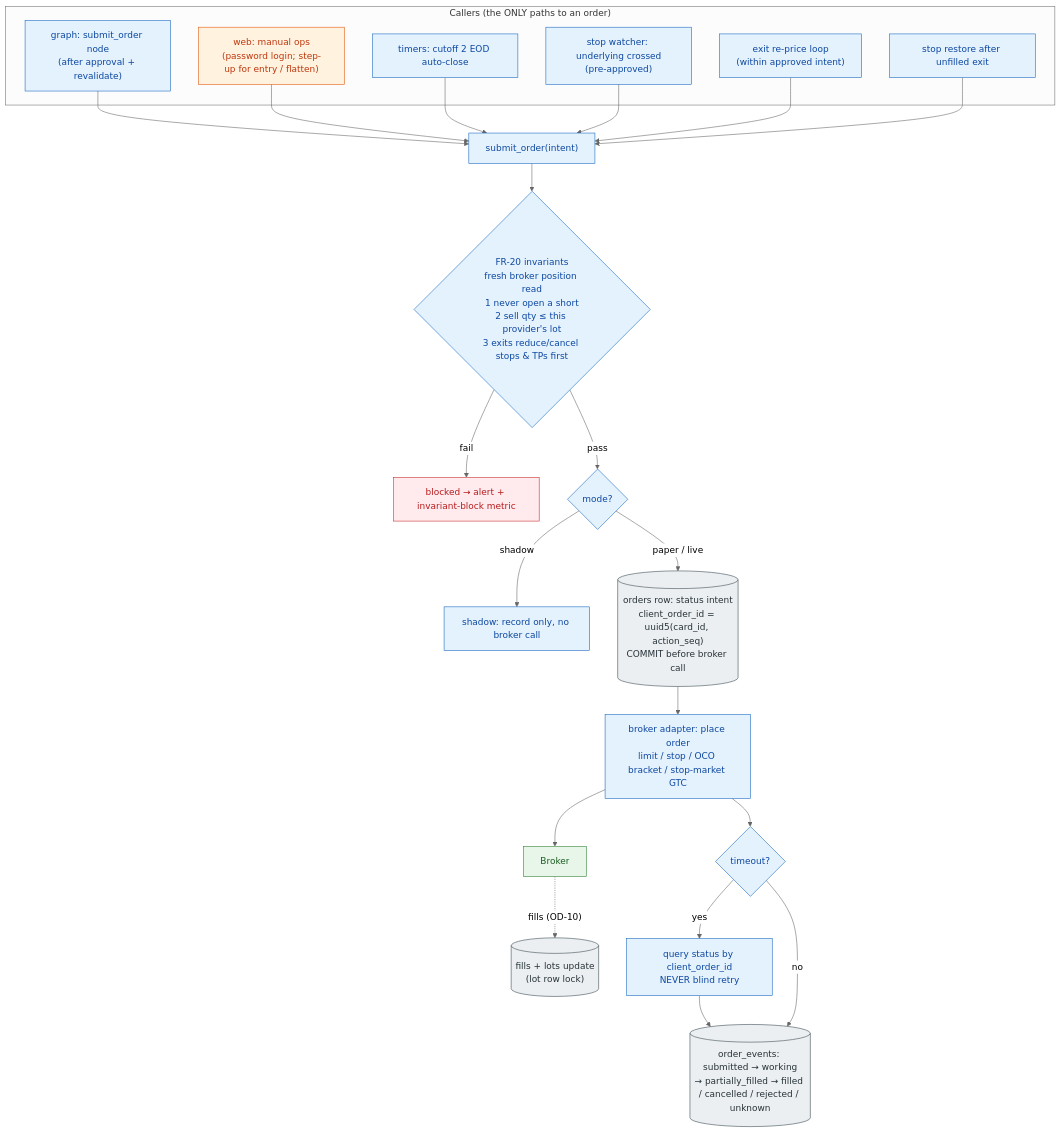
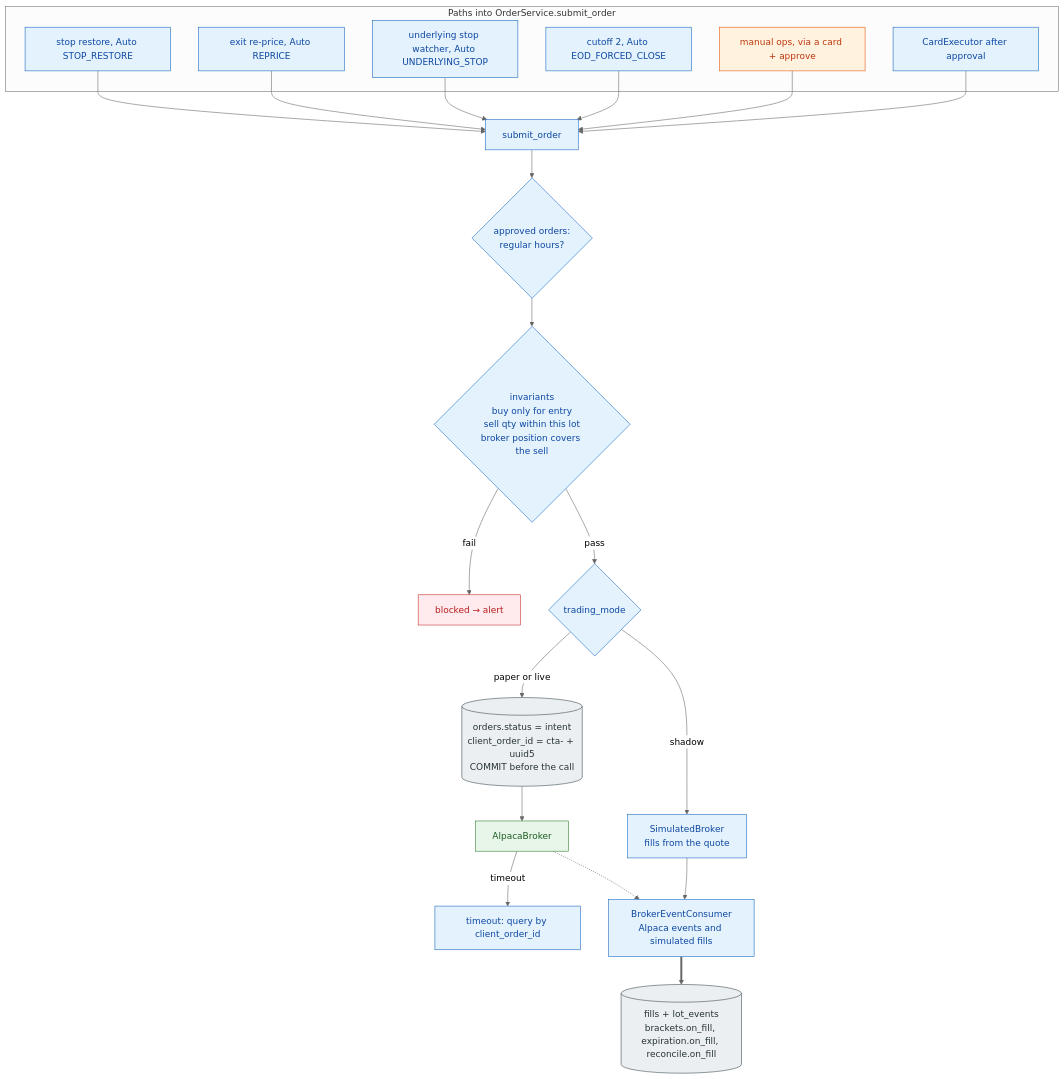
The fourth of 4 diagrams in docs/diagrams/02-component-architecture.md (idolrun/trading-agent), drawn with Mermaid (neutral theme) before and after one commit. The commit also changed other lines of this file and 131 other files, not shown here.

First line of the commit message:
docs: update architecture and data flow diagrams for clarity and consistency

````diff
--- a/docs/diagrams/02-component-architecture.md
+++ b/docs/diagrams/02-component-architecture.md
@@ -310,46 +334,44 @@
 ```mermaid
 flowchart TB
     classDef code fill:#e3f2fd,stroke:#1565c0,color:#0d47a1
     classDef ext fill:#e8f5e9,stroke:#2e7d32,color:#1b5e20
     classDef fail fill:#ffebee,stroke:#c62828,color:#b71c1c
     classDef store fill:#eceff1,stroke:#37474f,color:#263238
     classDef human fill:#fff3e0,stroke:#e65100,color:#bf360c
 
-    subgraph CALLERS["Callers (the ONLY paths to an order)"]
-        G["graph: submit_order node<br/>(after approval + revalidate)"]:::code
-        M["web: manual ops<br/>(password login; step-up for entry / flatten)"]:::human
-        T["timers: cutoff 2 EOD auto-close"]:::code
-        SW["stop watcher: underlying crossed<br/>(pre-approved)"]:::code
-        RP["exit re-price loop<br/>(within approved intent)"]:::code
-        SR["stop restore after unfilled exit"]:::code
+    subgraph CALLERS["Paths into OrderService.submit_order"]
+        G["CardExecutor after approval"]:::code
+        M["manual ops, via a card + approve"]:::human
+        EOD["cutoff 2, Auto EOD_FORCED_CLOSE"]:::code
+        SW["underlying stop watcher, Auto UNDERLYING_STOP"]:::code
+        RP["exit re-price, Auto REPRICE"]:::code
+        SR["stop restore, Auto STOP_RESTORE"]:::code
     end
 
-    SUB["submit_order(intent)"]:::code
-    INV{"FR-20 invariants<br/>fresh broker position read<br/>1 never open a short<br/>2 sell qty ≤ this provider's lot<br/>3 exits reduce/cancel stops & TPs first"}:::code
-    BLOCK["blocked → alert + invariant-block metric"]:::fail
-    MODE{"mode?"}:::code
-    SHADOW["shadow: record only, no broker call"]:::code
-    INTENT[("orders row: status intent<br/>client_order_id = uuid5(card_id, action_seq)<br/>COMMIT before broker call")]:::store
-    CALL["broker adapter: place order<br/>limit / stop / OCO bracket / stop-market GTC"]:::code
-    BRK["Broker"]:::ext
-    TO{"timeout?"}:::code
-    QRY["query status by client_order_id<br/>NEVER blind retry"]:::code
-    WORK[("order_events: submitted → working<br/>→ partially_filled → filled / cancelled / rejected / unknown")]:::store
-    FILLS[("fills + lots update<br/>(lot row lock)")]:::store
+    SUB["submit_order"]:::code
+    HRS{"approved orders:<br/>regular hours?"}:::code
+    INV{"invariants<br/>buy only for entry<br/>sell qty within this lot<br/>broker position covers the sell"}:::code
+    BLOCK["blocked → alert"]:::fail
+    MODE{"trading_mode"}:::code
+    SIM["SimulatedBroker<br/>fills from the quote"]:::code
+    INTENT[("orders.status = intent<br/>client_order_id = cta- + uuid5<br/>COMMIT before the call")]:::store
+    BRK["AlpacaBroker"]:::ext
+    QRY["timeout: query by client_order_id"]:::code
+    CONS["BrokerEventConsumer<br/>Alpaca events and simulated fills"]:::code
+    LOT[("fills + lot_events<br/>brackets.on_fill, expiration.on_fill, reconcile.on_fill")]:::store
 
     G --> SUB
     M --> SUB
-    T --> SUB
+    EOD --> SUB
     SW --> SUB
     RP --> SUB
     SR --> SUB
-    SUB --> INV
+    SUB --> HRS --> INV
     INV -->|"fail"| BLOCK
     INV -->|"pass"| MODE
-    MODE -->|"shadow"| SHADOW
-    MODE -->|"paper / live"| INTENT --> CALL --> BRK
-    CALL --> TO
-    TO -->|"yes"| QRY --> WORK
-    TO -->|"no"| WORK
-    BRK -.->|"fills (OD-10)"| FILLS
+    MODE -->|"shadow"| SIM --> CONS
+    MODE -->|"paper or live"| INTENT --> BRK
+    BRK -->|"timeout"| QRY
+    BRK -.-> CONS
+    CONS ==> LOT
 ```
````
